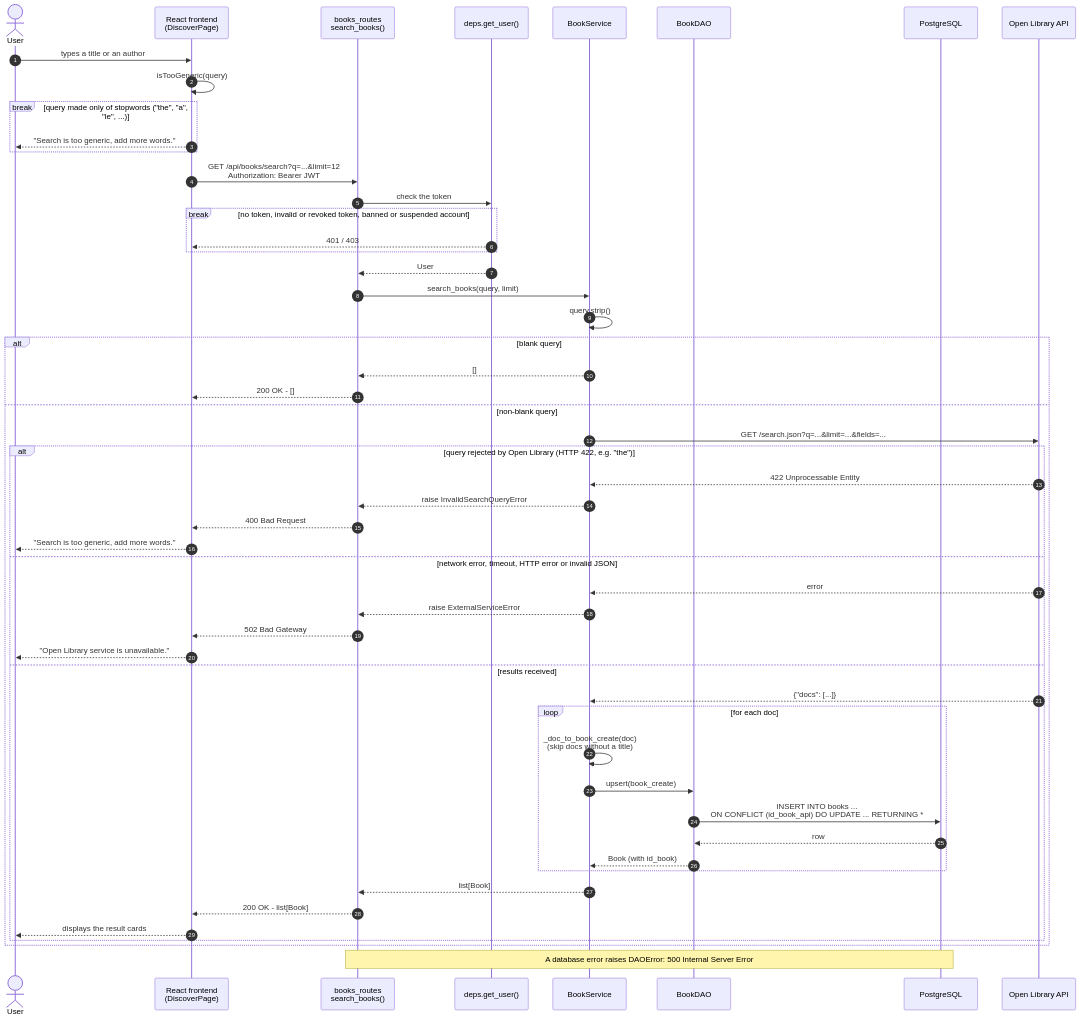
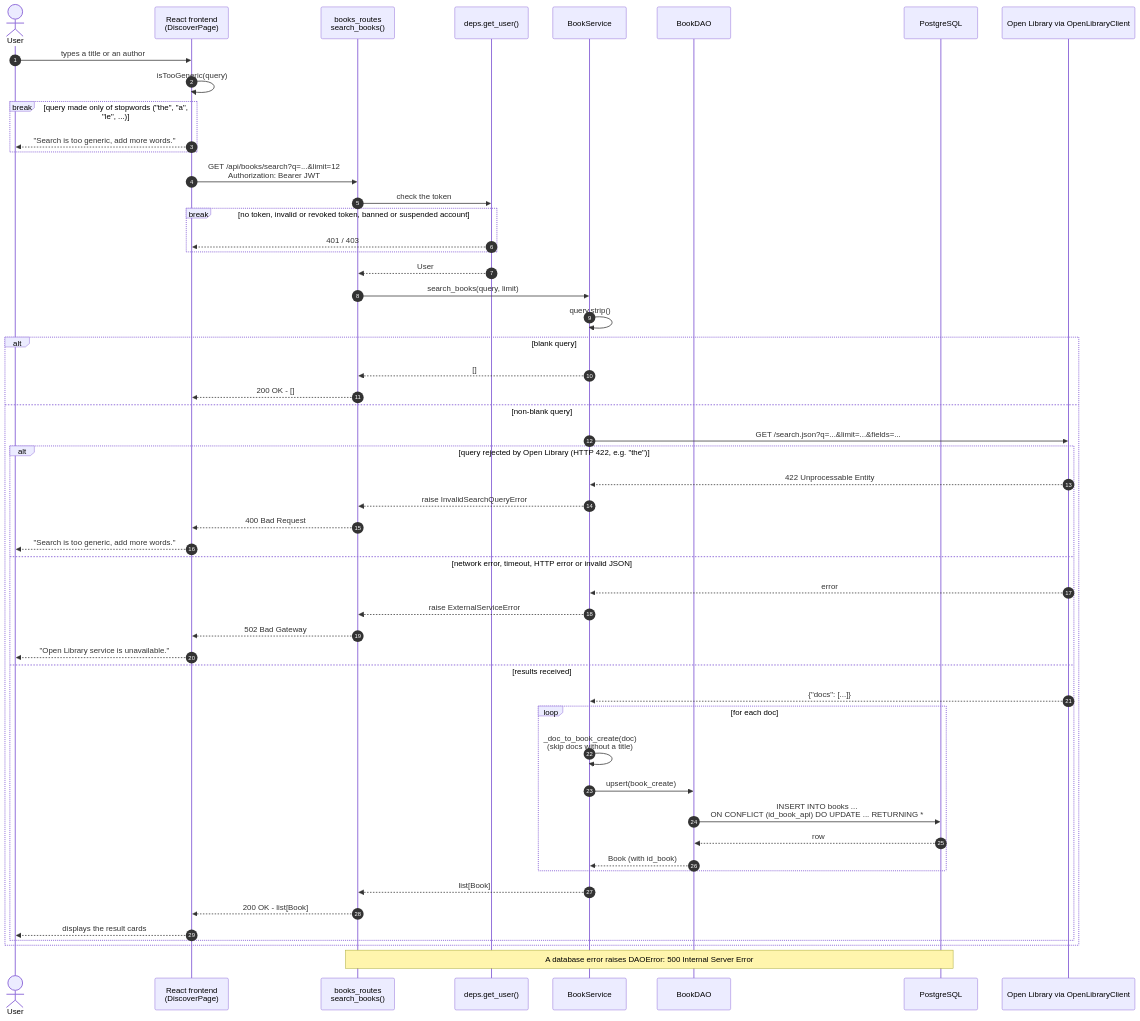
The diagram in doc/sequence_diagram_f2.md (kevinbrgl/ensai-it-project-2a-team-27-), drawn with Mermaid before and after one commit. The commit also changed other lines of this file and 24 other files, not shown here.

````diff
--- a/doc/sequence_diagram_f2.md
+++ b/doc/sequence_diagram_f2.md
@@ -7,58 +7,58 @@
 ```mermaid
 sequenceDiagram
     autonumber
     actor User
     participant UI as React frontend<br/>(DiscoverPage)
     participant API as books_routes<br/>search_books()
     participant Auth as deps.get_user()
     participant BS as BookService
     participant DAO as BookDAO
     participant DB as PostgreSQL
-    participant OL as Open Library API
+    participant OL as Open Library via OpenLibraryClient
 
     User->>UI: types a title or an author
     UI->>UI: isTooGeneric(query)
     break query made only of stopwords ("the", "a", "le", ...)
         UI-->>User: "Search is too generic, add more words."
     end
     UI->>API: GET /api/books/search?q=...&limit=12<br/>Authorization: Bearer JWT
     API->>Auth: check the token
     break no token, invalid or revoked token, banned or suspended account
         Auth-->>UI: 401 / 403
     end
     Auth-->>API: User
     API->>BS: search_books(query, limit)
     BS->>BS: query.strip()
 
     alt blank query
         BS-->>API: []
         API-->>UI: 200 OK - []
     else non-blank query
         BS->>OL: GET /search.json?q=...&limit=...&fields=...
         alt query rejected by Open Library (HTTP 422, e.g. "the")
             OL-->>BS: 422 Unprocessable Entity
             BS-->>API: raise InvalidSearchQueryError
             API-->>UI: 400 Bad Request
             UI-->>User: "Search is too generic, add more words."
         else network error, timeout, HTTP error or invalid JSON
             OL-->>BS: error
             BS-->>API: raise ExternalServiceError
             API-->>UI: 502 Bad Gateway
             UI-->>User: "Open Library service is unavailable."
         else results received
             OL-->>BS: {"docs": [...]}
             loop for each doc
                 BS->>BS: _doc_to_book_create(doc)<br/>(skip docs without a title)
                 BS->>DAO: upsert(book_create)
                 DAO->>DB: INSERT INTO books ...<br/>ON CONFLICT (id_book_api) DO UPDATE ... RETURNING *
                 DB-->>DAO: row
                 DAO-->>BS: Book (with id_book)
             end
             BS-->>API: list[Book]
             API-->>UI: 200 OK - list[Book]
             UI-->>User: displays the result cards
         end
     end
 
     Note over API,DB: A database error raises DAOError: 500 Internal Server Error
 ```
````
